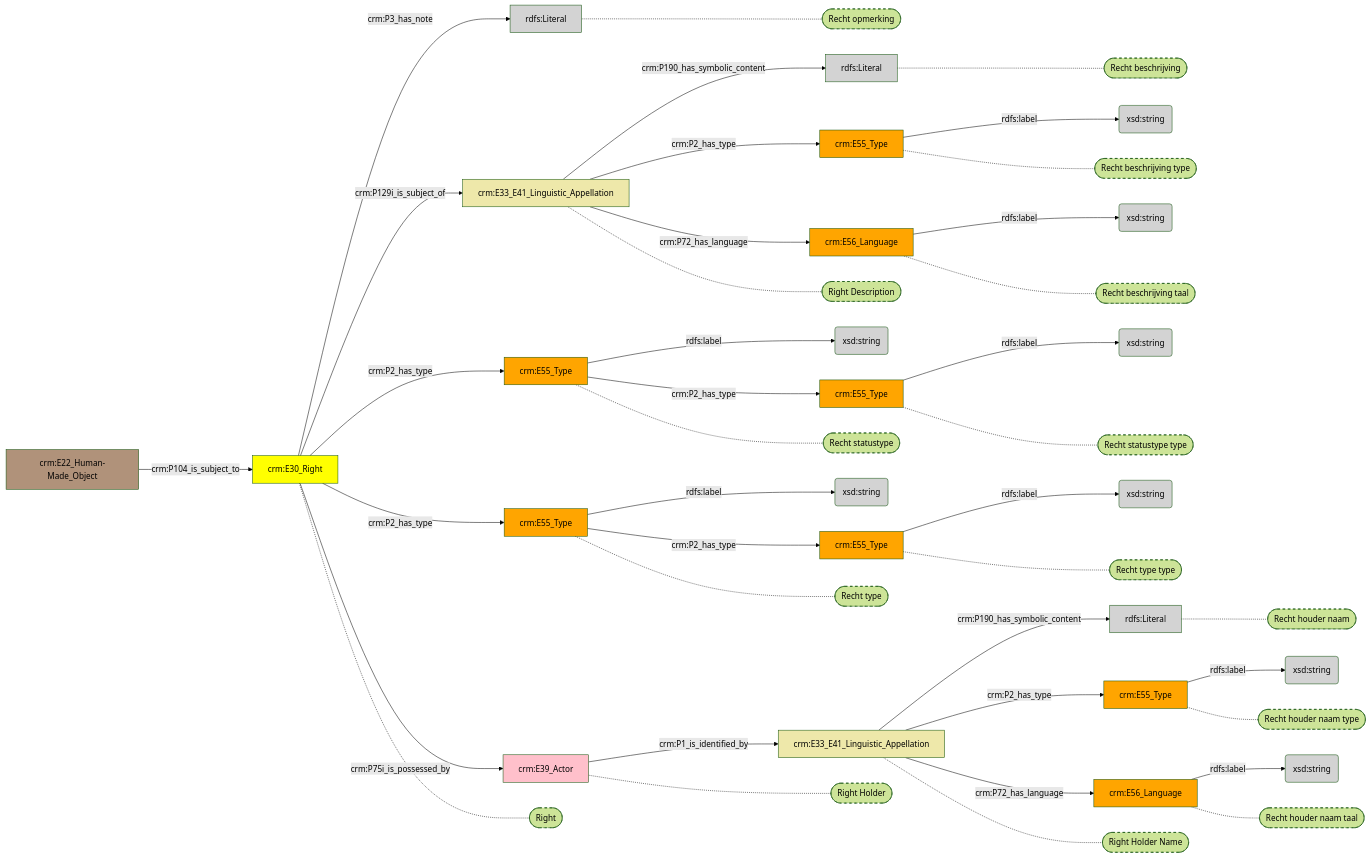
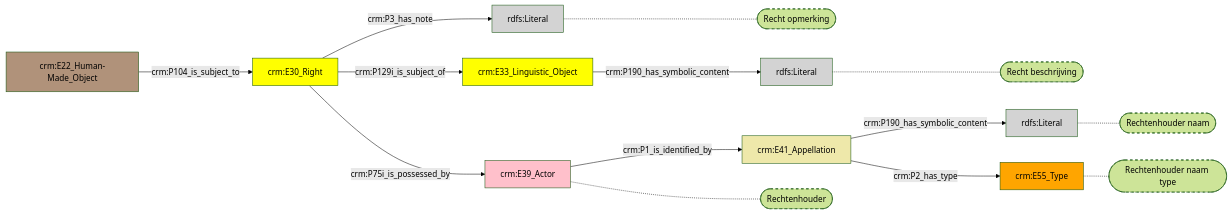
One commit to digipolisantwerpdocumentation/antwerp-cultureel-erfgoed changed the diagram in docs/content/modellen/MuseologicalObject/Rechten.md. Above: the diagram before and after it, drawn with Mermaid (forest theme). The commit also changed 170 other files, not shown here.

````diff
--- a/docs/content/modellen/MuseologicalObject/Rechten.md
+++ b/docs/content/modellen/MuseologicalObject/Rechten.md
@@ -1,80 +1,30 @@
 ```mermaid
 graph LR
-741d172a-c031-11ee-a2c4-960002548b4f["crm:E55_Type"]-->|"rdfs:label"|741d1aa8-c031-11ee-afe6-960002548b4f(xsd:string)
-77f50d2b-c013-11ee-97e2-960002548b4f["crm:E55_Type"]-->|"rdfs:label"|77f5105b-c013-11ee-ba1d-960002548b4f(xsd:string)
-77f50f34-c013-11ee-ba4b-960002548b4f["crm:E55_Type"]-->|"rdfs:label"|77f50fdf-c013-11ee-b361-960002548b4f(xsd:string)
-bd7ef52c-eda1-11ed-9232-00163e71351b["crm:E30_Right"]-->|"crm:P3_has_note"|bd7f05da-eda1-11ed-9232-00163e71351b(rdfs:Literal)
-bd7ef9d2-eda1-11ed-9232-00163e71351b["crm:E55_Type"]-->|"rdfs:label"|bd7efcf2-eda1-11ed-9232-00163e71351b(xsd:string)
-bd7f00da-eda1-11ed-9232-00163e71351b["crm:E33_E41_Linguistic_Appellation"]-->|"crm:P190_has_symbolic_content"|bd7f0224-eda1-11ed-9232-00163e71351b(rdfs:Literal)
-bd7f0364-eda1-11ed-9232-00163e71351b["crm:E56_Language"]-->|"rdfs:label"|bd7f049a-eda1-11ed-9232-00163e71351b(xsd:string)
-bd7f071a-eda1-11ed-9232-00163e71351b["crm:E33_E41_Linguistic_Appellation"]-->|"crm:P190_has_symbolic_content"|bd7efb6c-eda1-11ed-9232-00163e71351b(rdfs:Literal)
-bd7f0864-eda1-11ed-9232-00163e71351b["crm:E56_Language"]-->|"rdfs:label"|bd7eff86-eda1-11ed-9232-00163e71351b(xsd:string)
-e4dbe5c8-c012-11ee-9224-960002548b4f["crm:E55_Type"]-->|"rdfs:label"|e4dbe91e-c012-11ee-806f-960002548b4f(xsd:string)
-e4dbe7ef-c012-11ee-bfa9-960002548b4f["crm:E55_Type"]-->|"rdfs:label"|e4dbe89a-c012-11ee-a54d-960002548b4f(xsd:string)
-77f50d2b-c013-11ee-97e2-960002548b4f["crm:E55_Type"]-->|"crm:P2_has_type"|77f50f34-c013-11ee-ba4b-960002548b4f["crm:E55_Type"]
-bd7ef52c-eda1-11ed-9232-00163e71351b["crm:E30_Right"]-->|"crm:P129i_is_subject_of"|bd7f00da-eda1-11ed-9232-00163e71351b["crm:E33_E41_Linguistic_Appellation"]
-bd7ef52c-eda1-11ed-9232-00163e71351b["crm:E30_Right"]-->|"crm:P2_has_type"|77f50d2b-c013-11ee-97e2-960002548b4f["crm:E55_Type"]
-bd7ef52c-eda1-11ed-9232-00163e71351b["crm:E30_Right"]-->|"crm:P2_has_type"|e4dbe5c8-c012-11ee-9224-960002548b4f["crm:E55_Type"]
-bd7ef52c-eda1-11ed-9232-00163e71351b["crm:E30_Right"]-->|"crm:P75i_is_possessed_by"|bd7efe46-eda1-11ed-9232-00163e71351b["crm:E39_Actor"]
-bd7efe46-eda1-11ed-9232-00163e71351b["crm:E39_Actor"]-->|"crm:P1_is_identified_by"|bd7f071a-eda1-11ed-9232-00163e71351b["crm:E33_E41_Linguistic_Appellation"]
-bd7f00da-eda1-11ed-9232-00163e71351b["crm:E33_E41_Linguistic_Appellation"]-->|"crm:P2_has_type"|741d172a-c031-11ee-a2c4-960002548b4f["crm:E55_Type"]
-bd7f00da-eda1-11ed-9232-00163e71351b["crm:E33_E41_Linguistic_Appellation"]-->|"crm:P72_has_language"|bd7f0364-eda1-11ed-9232-00163e71351b["crm:E56_Language"]
-bd7f071a-eda1-11ed-9232-00163e71351b["crm:E33_E41_Linguistic_Appellation"]-->|"crm:P2_has_type"|bd7ef9d2-eda1-11ed-9232-00163e71351b["crm:E55_Type"]
-bd7f071a-eda1-11ed-9232-00163e71351b["crm:E33_E41_Linguistic_Appellation"]-->|"crm:P72_has_language"|bd7f0864-eda1-11ed-9232-00163e71351b["crm:E56_Language"]
-e4dbe5c8-c012-11ee-9224-960002548b4f["crm:E55_Type"]-->|"crm:P2_has_type"|e4dbe7ef-c012-11ee-bfa9-960002548b4f["crm:E55_Type"]
-fa95cea2-dd27-11ed-9655-00163e71351b["crm:E22_Human-Made_Object"]-->|"crm:P104_is_subject_to"|bd7ef52c-eda1-11ed-9232-00163e71351b["crm:E30_Right"]
-77f50f34-c013-11ee-ba4b-960002548b4f["crm:E55_Type"]-.-77f50f34-c013-11ee-ba4b-960002548b4f_s(["Recht statustype type"])
-bd7f00da-eda1-11ed-9232-00163e71351b["crm:E33_E41_Linguistic_Appellation"]-.-bd7f00da-eda1-11ed-9232-00163e71351b_s(["Right Description"])
-77f50d2b-c013-11ee-97e2-960002548b4f["crm:E55_Type"]-.-77f50d2b-c013-11ee-97e2-960002548b4f_s(["Recht statustype"])
-e4dbe5c8-c012-11ee-9224-960002548b4f["crm:E55_Type"]-.-e4dbe5c8-c012-11ee-9224-960002548b4f_s(["Recht type"])
-bd7f05da-eda1-11ed-9232-00163e71351b["rdfs:Literal"]-.-bd7f05da-eda1-11ed-9232-00163e71351b_s(["Recht opmerking"])
-bd7efe46-eda1-11ed-9232-00163e71351b["crm:E39_Actor"]-.-bd7efe46-eda1-11ed-9232-00163e71351b_s(["Right Holder"])
-bd7f071a-eda1-11ed-9232-00163e71351b["crm:E33_E41_Linguistic_Appellation"]-.-bd7f071a-eda1-11ed-9232-00163e71351b_s(["Right Holder Name"])
-bd7f0224-eda1-11ed-9232-00163e71351b["rdfs:Literal"]-.-bd7f0224-eda1-11ed-9232-00163e71351b_s(["Recht beschrijving"])
-741d172a-c031-11ee-a2c4-960002548b4f["crm:E55_Type"]-.-741d172a-c031-11ee-a2c4-960002548b4f_s(["Recht beschrijving type"])
-bd7f0364-eda1-11ed-9232-00163e71351b["crm:E56_Language"]-.-bd7f0364-eda1-11ed-9232-00163e71351b_s(["Recht beschrijving taal"])
-bd7efb6c-eda1-11ed-9232-00163e71351b["rdfs:Literal"]-.-bd7efb6c-eda1-11ed-9232-00163e71351b_s(["Recht houder naam"])
-bd7ef9d2-eda1-11ed-9232-00163e71351b["crm:E55_Type"]-.-bd7ef9d2-eda1-11ed-9232-00163e71351b_s(["Recht houder naam type"])
-bd7f0864-eda1-11ed-9232-00163e71351b["crm:E56_Language"]-.-bd7f0864-eda1-11ed-9232-00163e71351b_s(["Recht houder naam taal"])
-e4dbe7ef-c012-11ee-bfa9-960002548b4f["crm:E55_Type"]-.-e4dbe7ef-c012-11ee-bfa9-960002548b4f_s(["Recht type type"])
-bd7ef52c-eda1-11ed-9232-00163e71351b["crm:E30_Right"]-.-bd7ef52c-eda1-11ed-9232-00163e71351b_s(["Right"])
-style 77f50f34-c013-11ee-ba4b-960002548b4f_s stroke-dasharray: 5
-style bd7f00da-eda1-11ed-9232-00163e71351b_s stroke-dasharray: 5
-style 77f50d2b-c013-11ee-97e2-960002548b4f_s stroke-dasharray: 5
-style e4dbe5c8-c012-11ee-9224-960002548b4f_s stroke-dasharray: 5
-style bd7f05da-eda1-11ed-9232-00163e71351b_s stroke-dasharray: 5
-style bd7efe46-eda1-11ed-9232-00163e71351b_s stroke-dasharray: 5
-style bd7f071a-eda1-11ed-9232-00163e71351b_s stroke-dasharray: 5
-style bd7f0224-eda1-11ed-9232-00163e71351b_s stroke-dasharray: 5
-style 741d172a-c031-11ee-a2c4-960002548b4f_s stroke-dasharray: 5
-style bd7f0364-eda1-11ed-9232-00163e71351b_s stroke-dasharray: 5
-style bd7efb6c-eda1-11ed-9232-00163e71351b_s stroke-dasharray: 5
-style bd7ef9d2-eda1-11ed-9232-00163e71351b_s stroke-dasharray: 5
-style bd7f0864-eda1-11ed-9232-00163e71351b_s stroke-dasharray: 5
-style e4dbe7ef-c012-11ee-bfa9-960002548b4f_s stroke-dasharray: 5
-style bd7ef52c-eda1-11ed-9232-00163e71351b_s stroke-dasharray: 5
-style 741d172a-c031-11ee-a2c4-960002548b4f fill:#ffa500
-style 741d1aa8-c031-11ee-afe6-960002548b4f fill:#D3D3D3
-style 77f50d2b-c013-11ee-97e2-960002548b4f fill:#ffa500
-style 77f50f34-c013-11ee-ba4b-960002548b4f fill:#ffa500
-style 77f50fdf-c013-11ee-b361-960002548b4f fill:#D3D3D3
-style 77f5105b-c013-11ee-ba1d-960002548b4f fill:#D3D3D3
 style bd7ef52c-eda1-11ed-9232-00163e71351b fill:#ffff00
 style bd7ef9d2-eda1-11ed-9232-00163e71351b fill:#ffa500
 style bd7efb6c-eda1-11ed-9232-00163e71351b fill:#D3D3D3
-style bd7efcf2-eda1-11ed-9232-00163e71351b fill:#D3D3D3
 style bd7efe46-eda1-11ed-9232-00163e71351b fill:#ffc0cb
-style bd7eff86-eda1-11ed-9232-00163e71351b fill:#D3D3D3
-style bd7f00da-eda1-11ed-9232-00163e71351b fill:#EEE8AA
+style bd7f00da-eda1-11ed-9232-00163e71351b fill:#ffff00
 style bd7f0224-eda1-11ed-9232-00163e71351b fill:#D3D3D3
-style bd7f0364-eda1-11ed-9232-00163e71351b fill:#ffa500
-style bd7f049a-eda1-11ed-9232-00163e71351b fill:#D3D3D3
 style bd7f05da-eda1-11ed-9232-00163e71351b fill:#D3D3D3
 style bd7f071a-eda1-11ed-9232-00163e71351b fill:#EEE8AA
-style bd7f0864-eda1-11ed-9232-00163e71351b fill:#ffa500
-style e4dbe5c8-c012-11ee-9224-960002548b4f fill:#ffa500
-style e4dbe7ef-c012-11ee-bfa9-960002548b4f fill:#ffa500
-style e4dbe89a-c012-11ee-a54d-960002548b4f fill:#D3D3D3
-style e4dbe91e-c012-11ee-806f-960002548b4f fill:#D3D3D3
 style fa95cea2-dd27-11ed-9655-00163e71351b fill:#B0927A
+bd7ef52c-eda1-11ed-9232-00163e71351b["crm:E30_Right"]-->|"crm:P3_has_note"|bd7f05da-eda1-11ed-9232-00163e71351b(rdfs:Literal)
+bd7f00da-eda1-11ed-9232-00163e71351b["crm:E33_Linguistic_Object"]-->|"crm:P190_has_symbolic_content"|bd7f0224-eda1-11ed-9232-00163e71351b(rdfs:Literal)
+bd7f071a-eda1-11ed-9232-00163e71351b["crm:E41_Appellation"]-->|"crm:P190_has_symbolic_content"|bd7efb6c-eda1-11ed-9232-00163e71351b(rdfs:Literal)
+style bd7f05da-eda1-11ed-9232-00163e71351b_s stroke-dasharray: 5
+style bd7efe46-eda1-11ed-9232-00163e71351b_s stroke-dasharray: 5
+style bd7f0224-eda1-11ed-9232-00163e71351b_s stroke-dasharray: 5
+style bd7efb6c-eda1-11ed-9232-00163e71351b_s stroke-dasharray: 5
+style bd7ef9d2-eda1-11ed-9232-00163e71351b_s stroke-dasharray: 5
+bd7ef52c-eda1-11ed-9232-00163e71351b["crm:E30_Right"]-->|"crm:P129i_is_subject_of"|bd7f00da-eda1-11ed-9232-00163e71351b["crm:E33_Linguistic_Object"]
+bd7ef52c-eda1-11ed-9232-00163e71351b["crm:E30_Right"]-->|"crm:P75i_is_possessed_by"|bd7efe46-eda1-11ed-9232-00163e71351b["crm:E39_Actor"]
+bd7efe46-eda1-11ed-9232-00163e71351b["crm:E39_Actor"]-->|"crm:P1_is_identified_by"|bd7f071a-eda1-11ed-9232-00163e71351b["crm:E41_Appellation"]
+bd7f071a-eda1-11ed-9232-00163e71351b["crm:E41_Appellation"]-->|"crm:P2_has_type"|bd7ef9d2-eda1-11ed-9232-00163e71351b["crm:E55_Type"]
+fa95cea2-dd27-11ed-9655-00163e71351b["crm:E22_Human-Made_Object"]-->|"crm:P104_is_subject_to"|bd7ef52c-eda1-11ed-9232-00163e71351b["crm:E30_Right"]
+bd7f05da-eda1-11ed-9232-00163e71351b["rdfs:Literal"]-.-bd7f05da-eda1-11ed-9232-00163e71351b_s(["Recht opmerking"])
+bd7efe46-eda1-11ed-9232-00163e71351b["crm:E39_Actor"]-.-bd7efe46-eda1-11ed-9232-00163e71351b_s(["Rechtenhouder"])
+bd7f0224-eda1-11ed-9232-00163e71351b["rdfs:Literal"]-.-bd7f0224-eda1-11ed-9232-00163e71351b_s(["Recht beschrijving"])
+bd7efb6c-eda1-11ed-9232-00163e71351b["rdfs:Literal"]-.-bd7efb6c-eda1-11ed-9232-00163e71351b_s(["Rechtenhouder naam"])
+bd7ef9d2-eda1-11ed-9232-00163e71351b["crm:E55_Type"]-.-bd7ef9d2-eda1-11ed-9232-00163e71351b_s(["Rechtenhouder naam type"])
 ```
````
